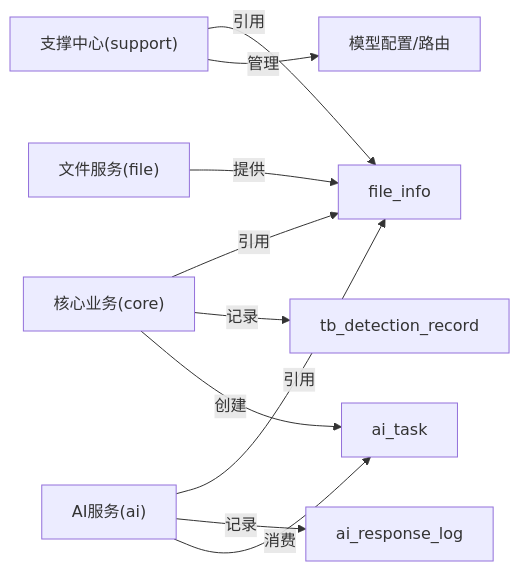
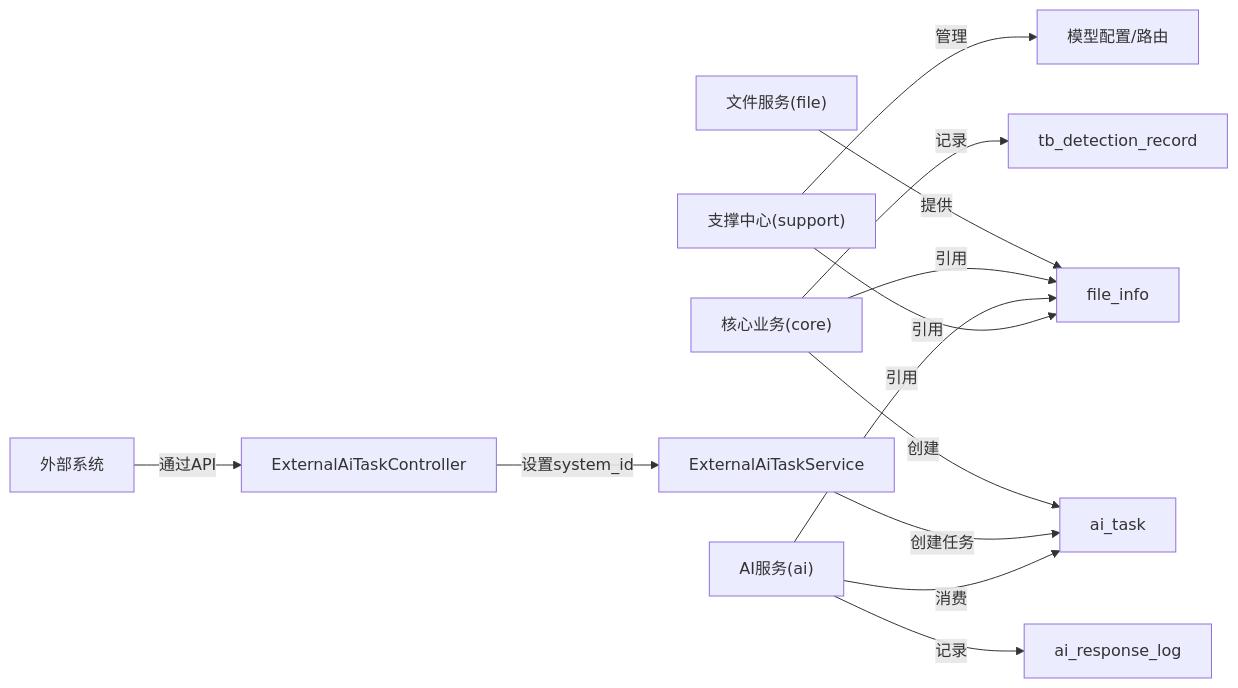
One commit to DrunkFood/First changed the third of 3 diagrams in .qoder/repowiki/zh/content/数据库设计/数据库架构变更.md. Above: the diagram before and after it, drawn with Mermaid. The commit also changed other lines of this file and 93 other files, not shown here.

````diff
--- a/.qoder/repowiki/zh/content/数据库设计/数据库架构变更.md
+++ b/.qoder/repowiki/zh/content/数据库设计/数据库架构变更.md
@@ -486,12 +520,15 @@
 ```mermaid
 graph LR
 Support["支撑中心(support)"] --> |管理| ModelCfg["模型配置/路由"]
 Core["核心业务(core)"] --> |创建| Task["ai_task"]
 Core --> |记录| Detection["tb_detection_record"]
+External["外部系统"] --> |通过API| ExtController["ExternalAiTaskController"]
+ExtController --> |设置system_id| ExtService["ExternalAiTaskService"]
+ExtService --> |创建任务| Task
 AI["AI服务(ai)"] --> |消费| Task
 AI --> |记录| RespLog["ai_response_log"]
 File["文件服务(file)"] --> |提供| FileInfo["file_info"]
 Core --> |引用| FileInfo
 AI --> |引用| FileInfo
 Support --> |引用| FileInfo
 ```
````
